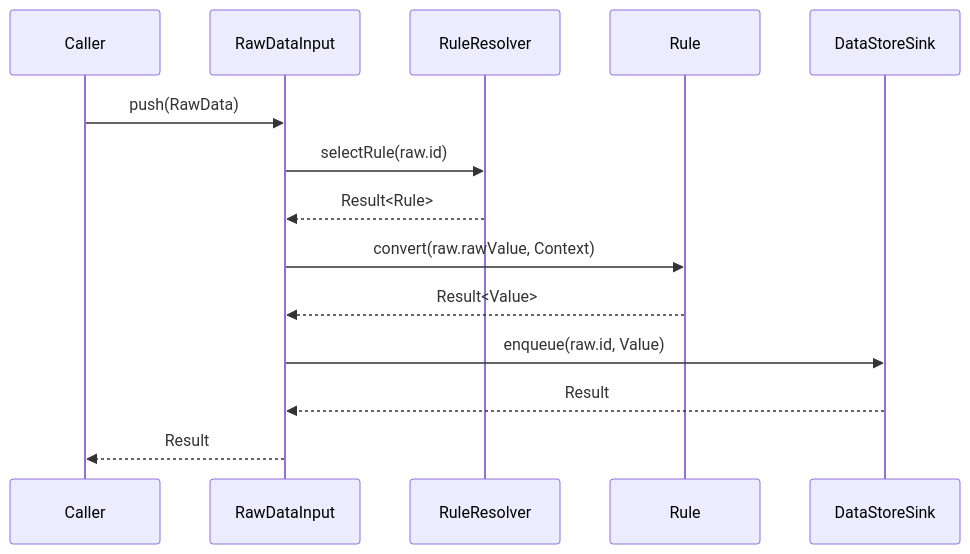
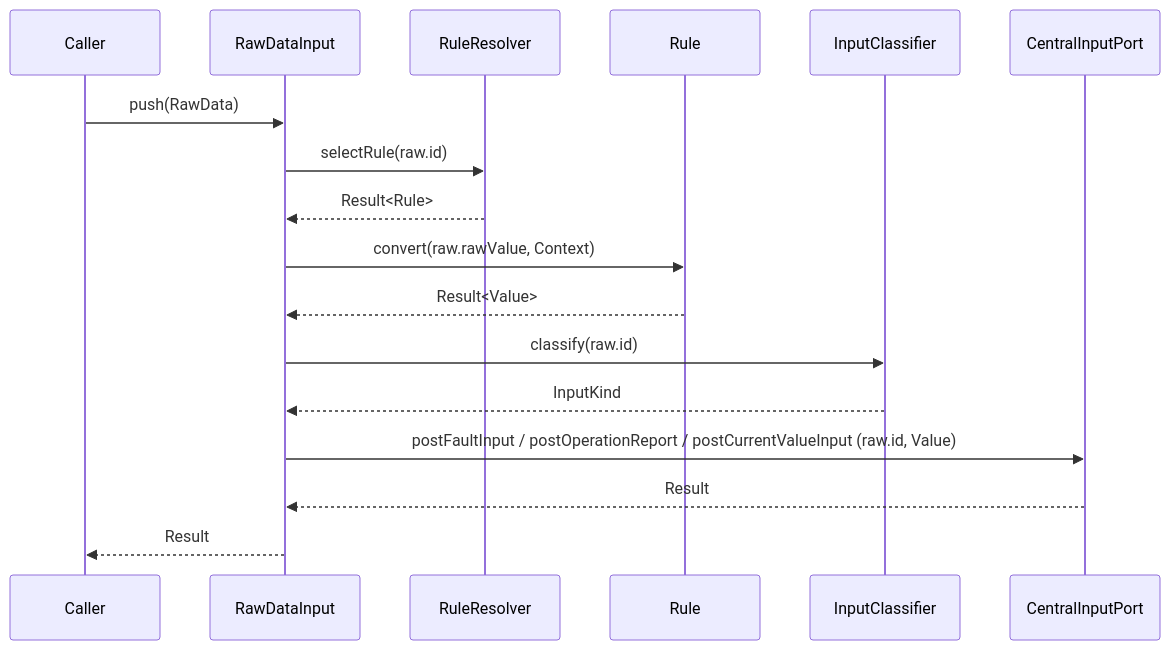
One commit to ceedling-vxworks-test-generator/printer-fw changed the second of 2 diagrams in ex/Adapter/RawDataInput詳細設計書.md. Above: the diagram before and after it, drawn with Mermaid. The commit also changed other lines of this file and 1 other file, not shown here.

First line of the commit message:
docs(ex): DataStore Layer詳細設計(L2・3レーン版)を追加、RawDataInputを整合

````diff
--- a/ex/Adapter/RawDataInput詳細設計書.md
+++ b/ex/Adapter/RawDataInput詳細設計書.md
@@ -190,22 +198,26 @@
 ```mermaid
 sequenceDiagram
 
 participant Caller
 participant R as RawDataInput
 participant RR as RuleResolver
 participant Rule as Rule
-participant Q as DataStoreSink
+participant IC as InputClassifier
+participant CIP as CentralInputPort
 
 Caller ->> R : push(RawData)
 
 R ->> RR : selectRule(raw.id)
 RR -->> R : Result<Rule>
 
 R ->> Rule : convert(raw.rawValue, Context)
 Rule -->> R : Result<Value>
 
-R ->> Q : enqueue(raw.id, Value)
-Q -->> R : Result
+R ->> IC : classify(raw.id)
+IC -->> R : InputKind
+
+R ->> CIP : postFaultInput / postOperationReport / postCurrentValueInput (raw.id, Value)
+CIP -->> R : Result
 
 R -->> Caller : Result
 ```
````
